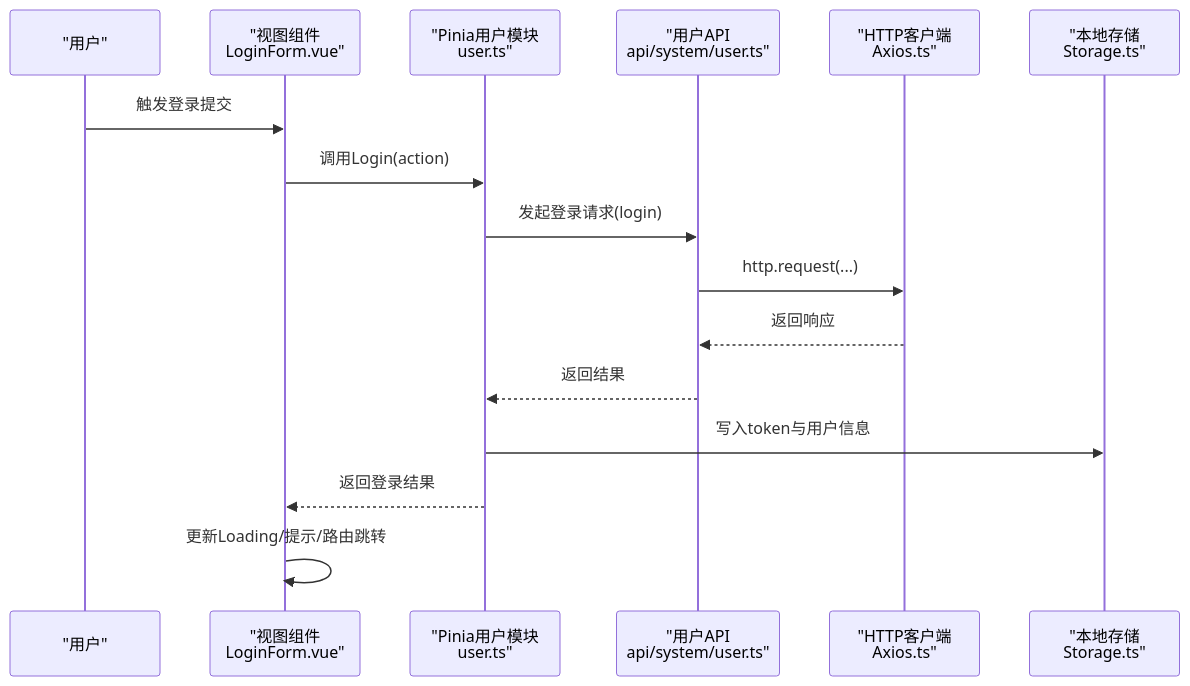
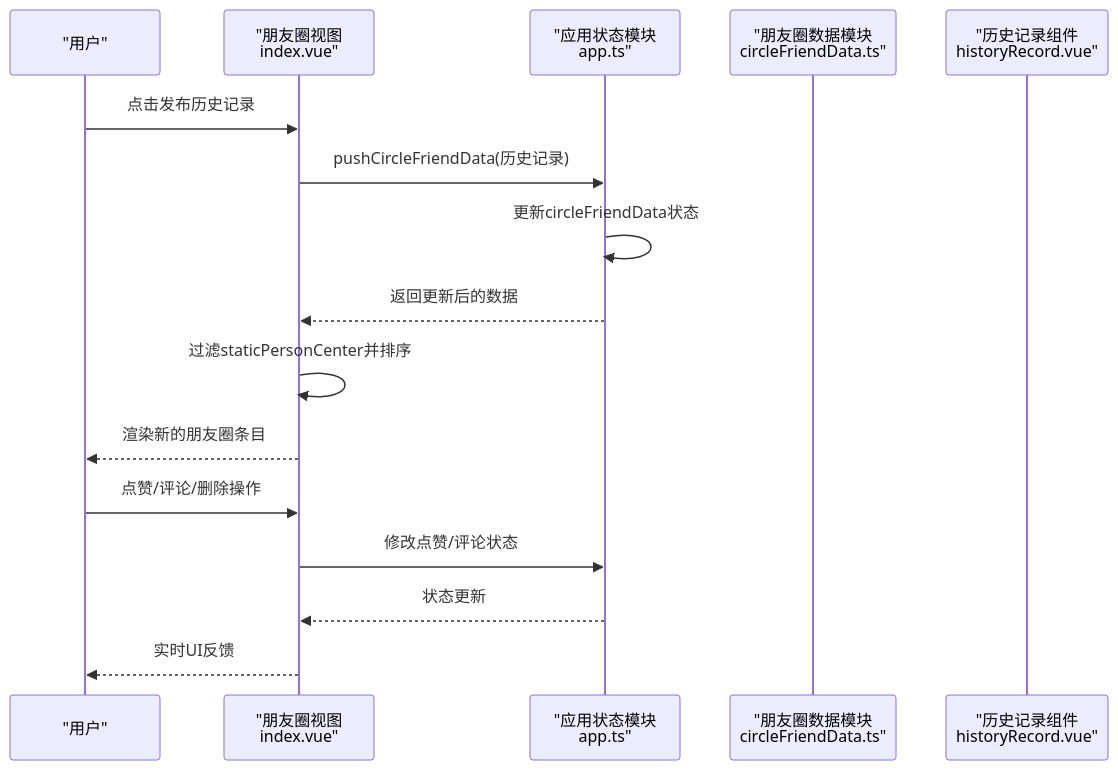
Before and after one commit to giserman001/vue3-vant4-mobile: the second of 11 diagrams in .qoder/repowiki/zh/content/架构设计/数据流设计.md, drawn with Mermaid. The commit also changed other lines of this file and 60 other files, not shown here.

````diff
--- a/.qoder/repowiki/zh/content/架构设计/数据流设计.md
+++ b/.qoder/repowiki/zh/content/架构设计/数据流设计.md
@@ -117,18 +144,18 @@
 ```mermaid
 sequenceDiagram
 participant U as "用户"
-participant V as "视图组件<br/>LoginForm.vue"
-participant S as "Pinia用户模块<br/>user.ts"
-participant API as "用户API<br/>api/system/user.ts"
-participant AX as "HTTP客户端<br/>Axios.ts"
-participant ST as "本地存储<br/>Storage.ts"
-U->>V : 触发登录提交
-V->>S : 调用Login(action)
-S->>API : 发起登录请求(login)
-API->>AX : http.request(...)
-AX-->>API : 返回响应
-API-->>S : 返回结果
-S->>ST : 写入token与用户信息
-S-->>V : 返回登录结果
-V->>V : 更新Loading/提示/路由跳转
+participant CF as "朋友圈视图<br/>index.vue"
+participant AS as "应用状态模块<br/>app.ts"
+participant CFData as "朋友圈数据模块<br/>circleFriendData.ts"
+participant HR as "历史记录组件<br/>historyRecord.vue"
+U->>CF : 点击发布历史记录
+CF->>AS : pushCircleFriendData(历史记录)
+AS->>AS : 更新circleFriendData状态
+AS-->>CF : 返回更新后的数据
+CF->>CF : 过滤staticPersonCenter并排序
+CF-->>U : 渲染新的朋友圈条目
+U->>CF : 点赞/评论/删除操作
+CF->>AS : 修改点赞/评论状态
+AS-->>CF : 状态更新
+CF-->>U : 实时UI反馈
 ```
````
